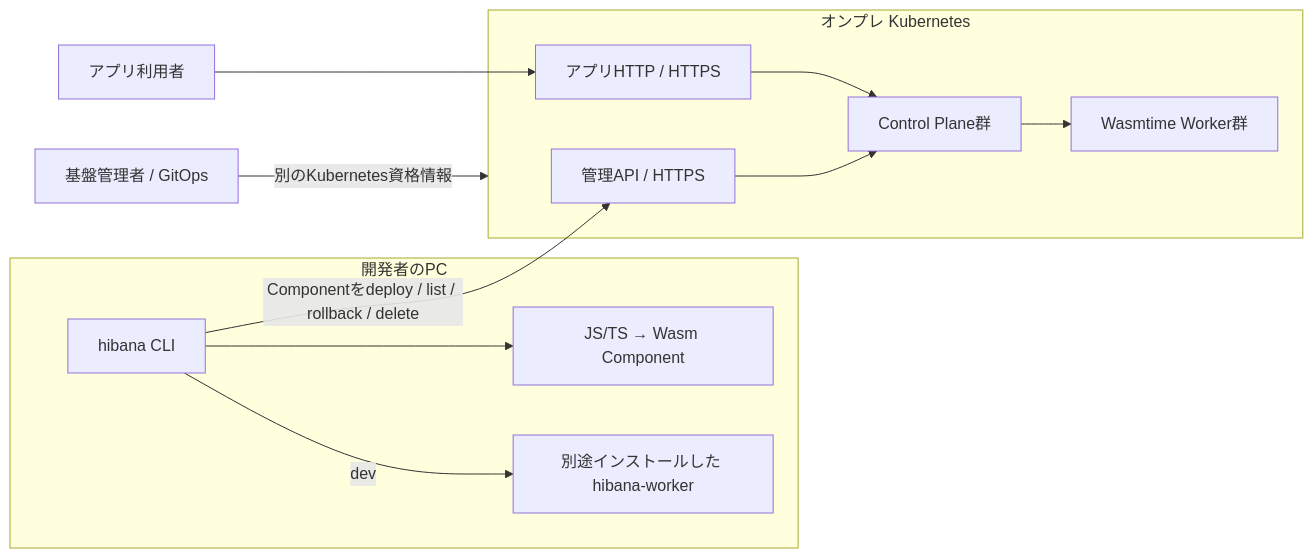
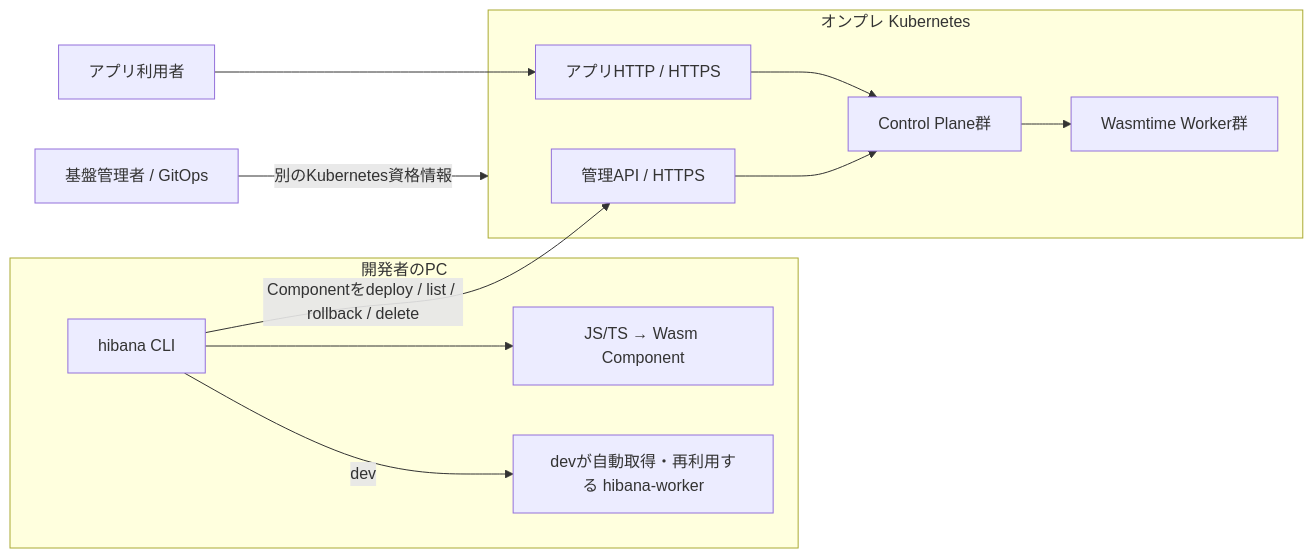
Before and after one commit to yukiharada1228/hibana: the diagram in docs/remote-cli.md, drawn with Mermaid. The commit also changed other lines of this file and 82 other files, not shown here.

````diff
--- a/docs/remote-cli.md
+++ b/docs/remote-cli.md
@@ -5,22 +7,22 @@
 ```mermaid
 flowchart LR
   subgraph PC[開発者のPC]
     CLI[hibana CLI]
     Build[JS/TS → Wasm Component]
-    Dev[別途インストールした hibana-worker]
+    Dev[devが自動取得・再利用する hibana-worker]
     CLI --> Build
     CLI -->|dev| Dev
   end
   subgraph Site[オンプレ Kubernetes]
     API[管理API / HTTPS]
     Apps[アプリHTTP / HTTPS]
     CP[Control Plane群]
     Workers[Wasmtime Worker群]
     API --> CP
     Apps --> CP
     CP --> Workers
   end
   CLI -->|Componentをdeploy / list / rollback / delete| API
   Browser[アプリ利用者] --> Apps
   Operator[基盤管理者 / GitOps] -->|別のKubernetes資格情報| Site
 ```
````
